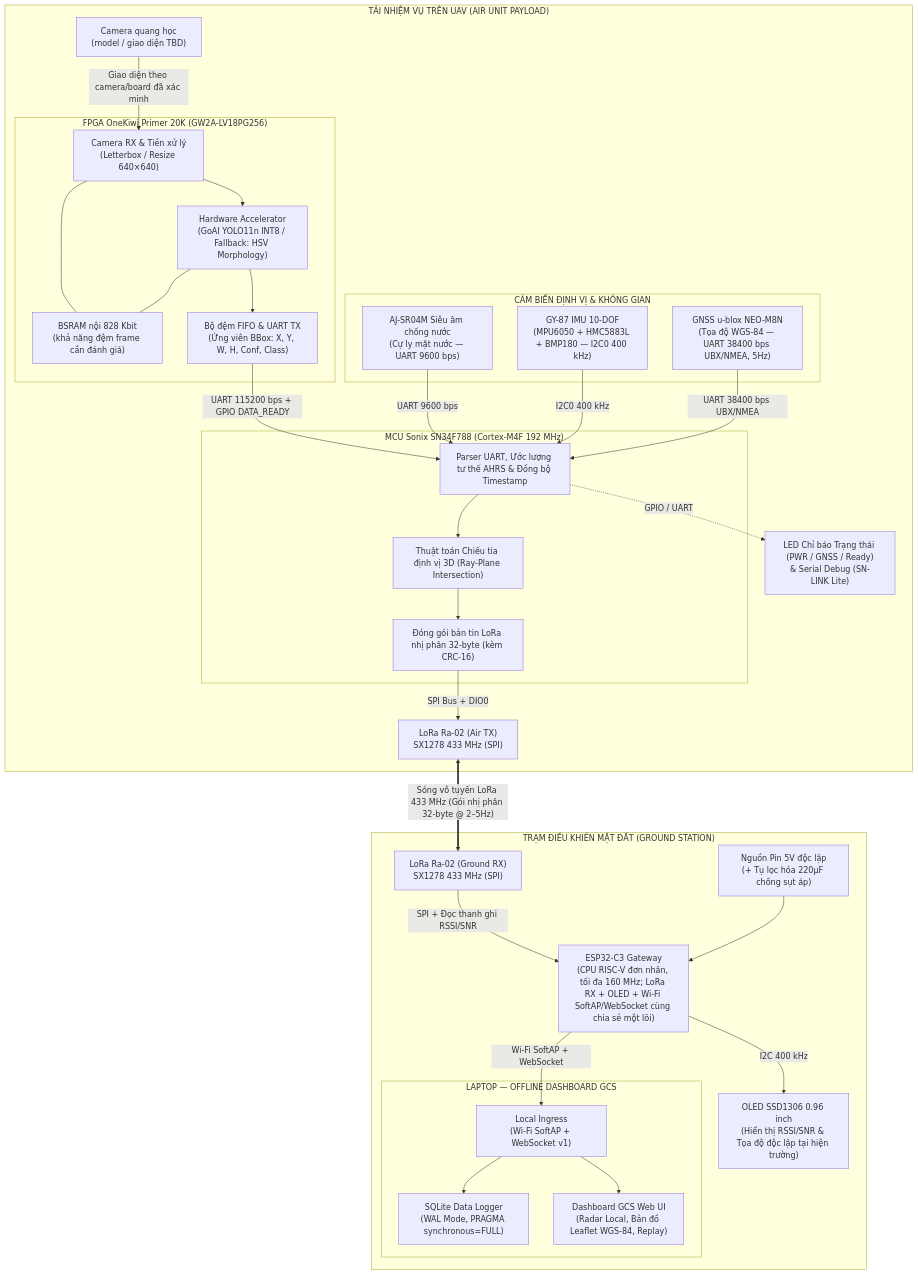
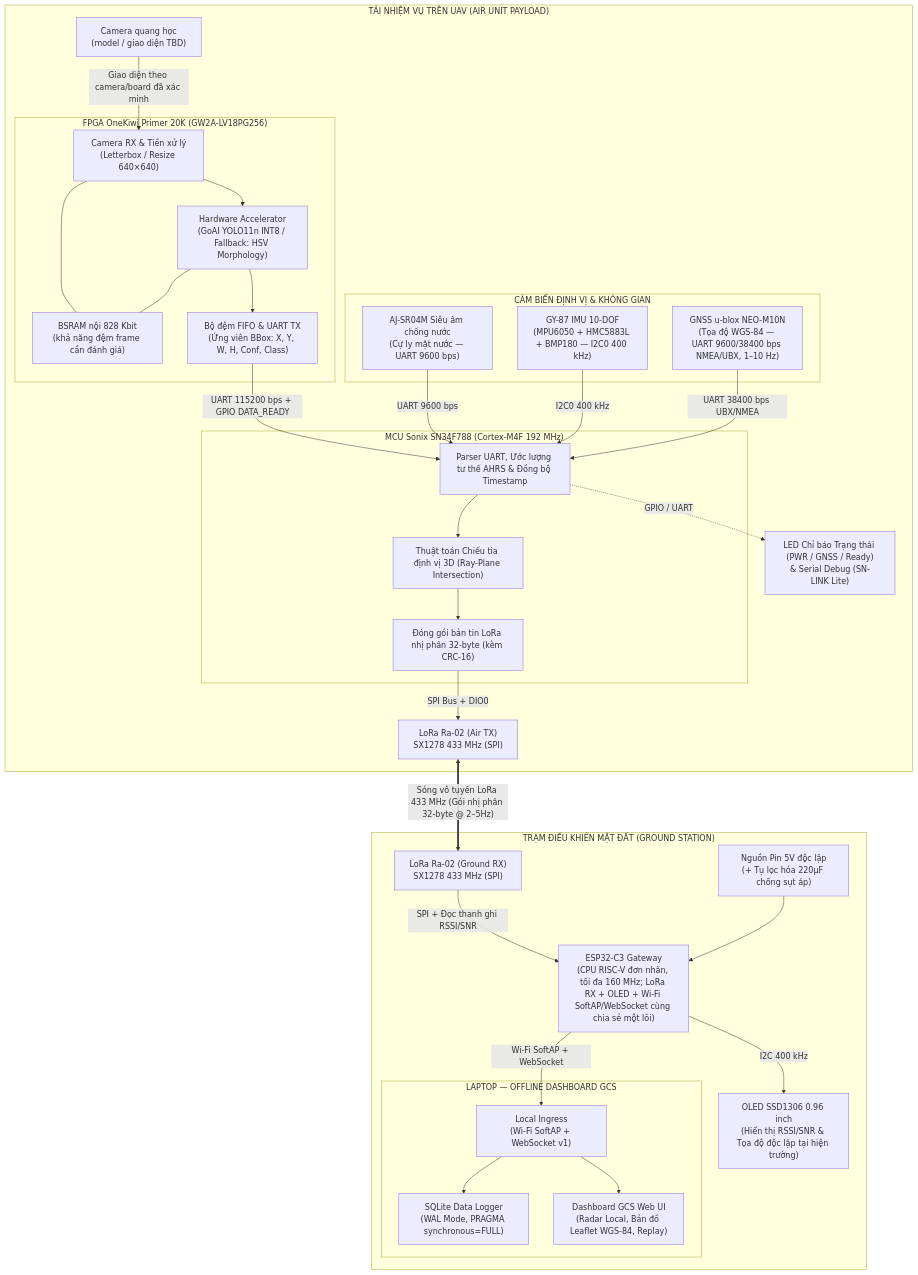
Before and after one commit to duyphong375/Project_UAV: the diagram in docs/KVC_ThietKeHeThong.md, drawn with Mermaid. The commit also changed other lines of this file and 32 other files, not shown here.

````diff
--- a/docs/KVC_ThietKeHeThong.md
+++ b/docs/KVC_ThietKeHeThong.md
@@ -87,59 +87,59 @@
 ```mermaid
 flowchart TB
     subgraph AIR["TẢI NHIỆM VỤ TRÊN UAV (AIR UNIT PAYLOAD)"]
         CAM["Camera quang học<br/>(model / giao diện TBD)"]
         subgraph FPGA_BOX["FPGA OneKiwi Primer 20K (GW2A-LV18PG256)"]
             RX["Camera RX & Tiền xử lý<br/>(Letterbox / Resize 640×640)"]
             MEM["BSRAM nội 828 Kbit<br/>(khả năng đệm frame cần đánh giá)"]
             AI["Hardware Accelerator<br/>(GoAI YOLO11n INT8 / Fallback: HSV Morphology)"]
             TX["Bộ đệm FIFO & UART TX<br/>(Ứng viên BBox: X, Y, W, H, Conf, Class)"]
             RX --- MEM
             RX --> AI
             AI --- MEM
             AI --> TX
         end
         subgraph MCU_AIR["MCU Sonix SN34F788 (Cortex-M4F 192 MHz)"]
             FUSION["Parser UART, Ước lượng tư thế AHRS & Đồng bộ Timestamp"]
             GEOREF["Thuật toán Chiếu tia định vị 3D (Ray-Plane Intersection)"]
             PACKET["Đóng gói bản tin LoRa nhị phân 32-byte (kèm CRC-16)"]
             FUSION --> GEOREF --> PACKET
         end
         subgraph SENSORS["CẢM BIẾN ĐỊNH VỊ & KHÔNG GIAN"]
             ULTRASONIC["AJ-SR04M Siêu âm chống nước<br/>(Cự ly mặt nước — UART 9600 bps)"]
             IMU["GY-87 IMU 10-DOF<br/>(MPU6050 + HMC5883L + BMP180 — I2C0 400 kHz)"]
-            GNSS["GNSS u-blox NEO-M8N<br/>(Tọa độ WGS-84 — UART 38400 bps UBX/NMEA, 5Hz)"]
+            GNSS["GNSS u-blox NEO-M10N<br/>(Tọa độ WGS-84 — UART 9600/38400 bps NMEA/UBX, 1–10 Hz)"]
         end
         RF1["LoRa Ra-02 (Air TX)<br/>SX1278 433 MHz (SPI)"]
         LED_STATUS["LED Chỉ báo Trạng thái (PWR / GNSS / Ready)<br/>& Serial Debug (SN-LINK Lite)"]
 
         CAM -->|Giao diện theo camera/board đã xác minh| RX
         TX -->|UART 115200 bps + GPIO DATA_READY| FUSION
         ULTRASONIC -->|UART 9600 bps| FUSION
         IMU -->|I2C0 400 kHz| FUSION
         GNSS -->|UART 38400 bps UBX/NMEA| FUSION
         PACKET -->|SPI Bus + DIO0| RF1
         FUSION -.->|GPIO / UART| LED_STATUS
     end
 
     subgraph GROUND["TRẠM ĐIỀU KHIỂN MẶT ĐẤT (GROUND STATION)"]
         RF2["LoRa Ra-02 (Ground RX)<br/>SX1278 433 MHz (SPI)"]
         MCU_GND["ESP32-C3 Gateway<br/>(CPU RISC-V đơn nhân, tối đa 160 MHz; LoRa RX + OLED + Wi-Fi SoftAP/WebSocket cùng chia sẻ một lõi)"]
         OLED_GND["OLED SSD1306 0.96 inch<br/>(Hiển thị RSSI/SNR & Tọa độ độc lập tại hiện trường)"]
         PWR["Nguồn Pin 5V độc lập<br/>(+ Tụ lọc hóa 220µF chống sụt áp)"]
 
         subgraph PC["LAPTOP — OFFLINE DASHBOARD GCS"]
             INGRESS["Local Ingress<br/>(Wi-Fi SoftAP + WebSocket v1)"]
             DB["SQLite Data Logger<br/>(WAL Mode, PRAGMA synchronous=FULL)"]
             UI["Dashboard GCS Web UI<br/>(Radar Local, Bản đồ Leaflet WGS-84, Replay)"]
             INGRESS --> DB
             INGRESS --> UI
         end
 
         RF2 -->|SPI + Đọc thanh ghi RSSI/SNR| MCU_GND
         PWR --> MCU_GND
         MCU_GND -->|I2C 400 kHz| OLED_GND
         MCU_GND -->|Wi-Fi SoftAP + WebSocket| INGRESS
     end
 
     RF1 <==>|"Sóng vô tuyến LoRa 433 MHz (Gói nhị phân 32-byte @ 2–5Hz)"| RF2
 ```
````
